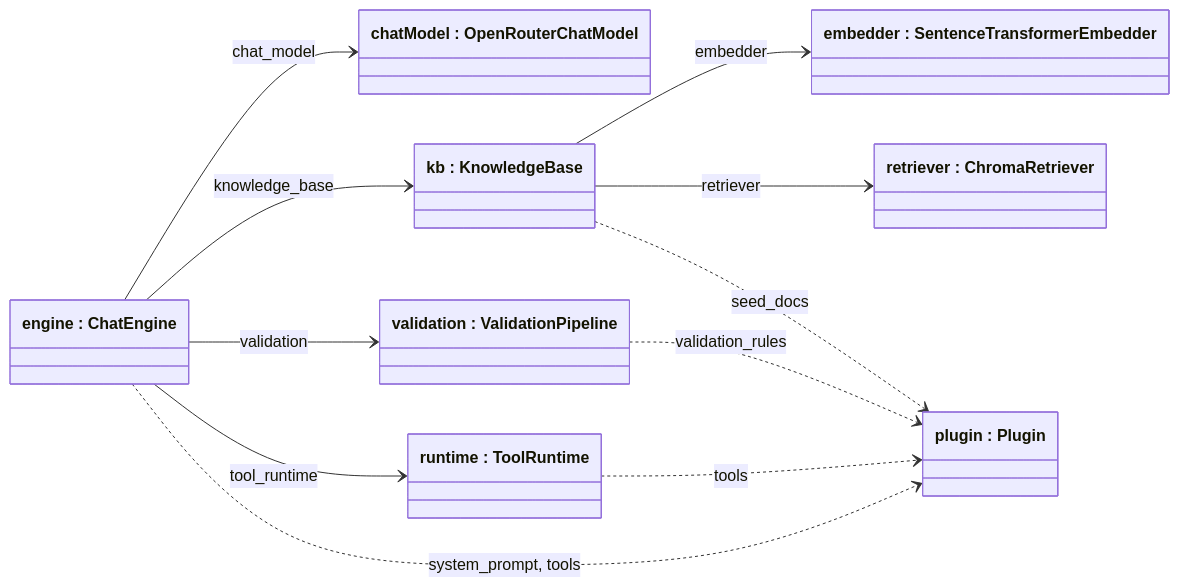
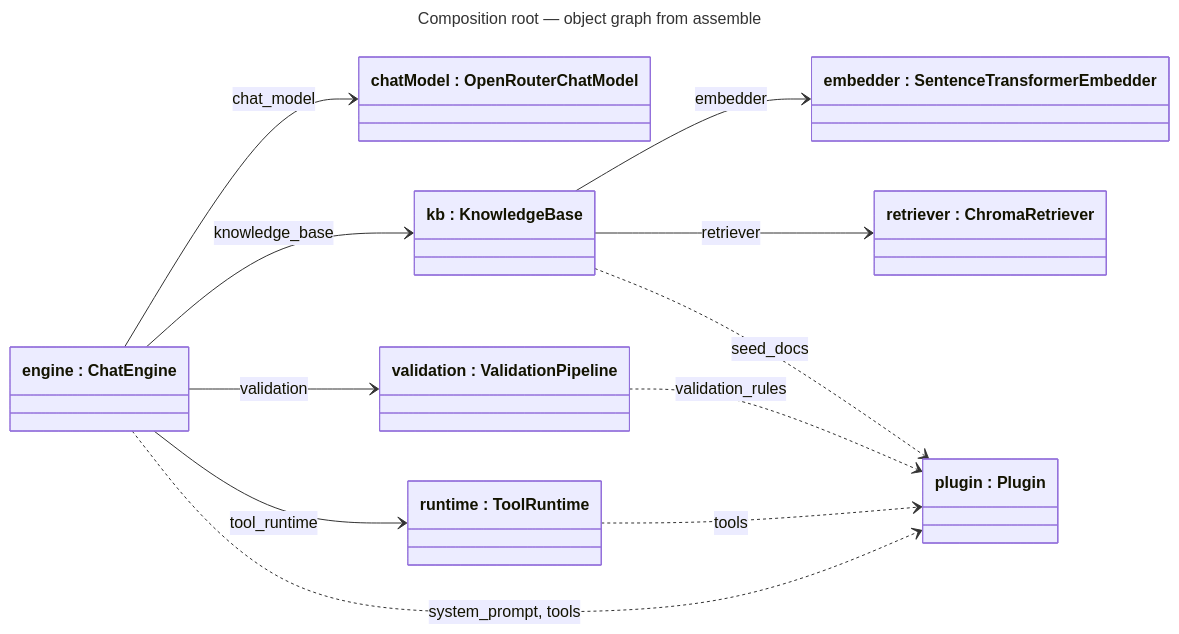
Before and after one commit to aschog/cora: the second of 3 diagrams in docs/plans/chat-engine.md, drawn with Mermaid. The commit also changed other lines of this file, not shown here.

Commit message:
docs: add titles to chat engine diagrams, drop redundant lead-ins

````diff
--- a/docs/plans/chat-engine.md
+++ b/docs/plans/chat-engine.md
@@ -151,23 +153,26 @@
 ```mermaid
+---
+title: Composition root — object graph from assemble
+---
 classDiagram
   direction LR
   class engine["engine : ChatEngine"]
   class chatModel["chatModel : OpenRouterChatModel"]
   class kb["kb : KnowledgeBase"]
   class embedder["embedder : SentenceTransformerEmbedder"]
   class retriever["retriever : ChromaRetriever"]
   class validation["validation : ValidationPipeline"]
   class runtime["runtime : ToolRuntime"]
   class plugin["plugin : Plugin"]
 
   engine --> chatModel : chat_model
   engine --> kb : knowledge_base
   engine --> validation : validation
   engine --> runtime : tool_runtime
   engine ..> plugin : system_prompt, tools
   kb --> embedder : embedder
   kb --> retriever : retriever
   kb ..> plugin : seed_docs
   validation ..> plugin : validation_rules
   runtime ..> plugin : tools
 ```
````
